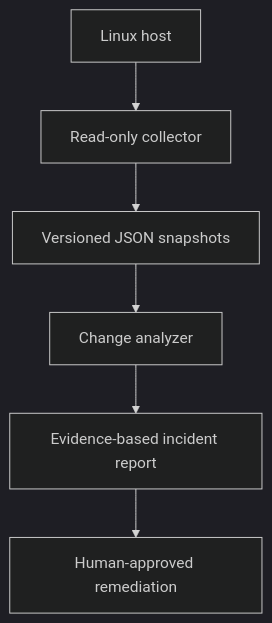
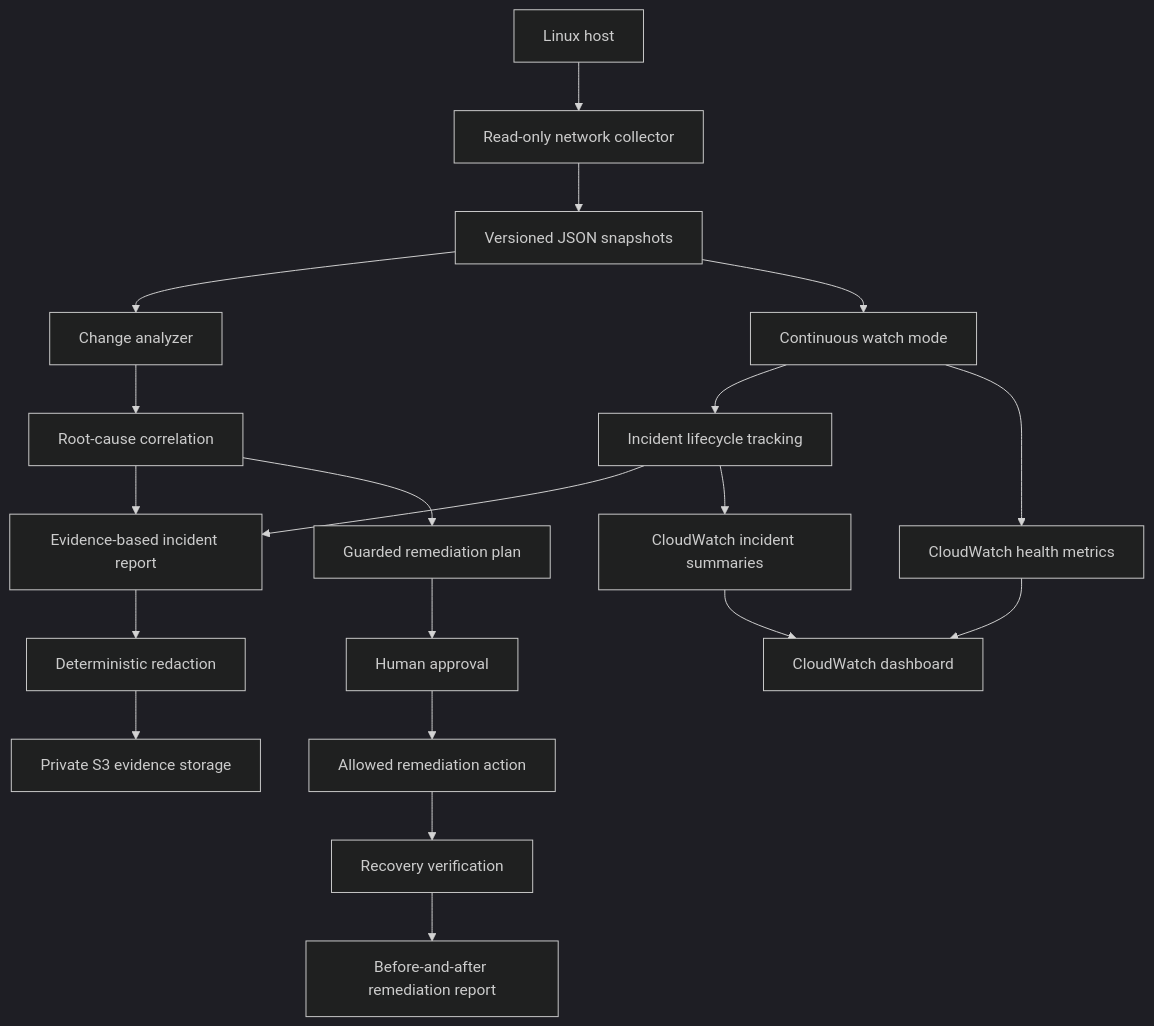
One commit to PatienceEnoch/last-known-good changed the diagram in docs/architecture.md. Above: the diagram before and after it, drawn with Mermaid (dark theme). The commit also changed other lines of this file, not shown here.

Commit message:
Update architecture documentation to current system design

````diff
--- a/docs/architecture.md
+++ b/docs/architecture.md
@@ -7,8 +15,27 @@
 ```mermaid
 flowchart TD
-    A[Linux host] --> B[Read-only collector]
+    A[Linux host] --> B[Read-only network collector]
     B --> C[Versioned JSON snapshots]
+
     C --> D[Change analyzer]
-    D --> E[Evidence-based incident report]
-    E --> F[Human-approved remediation]
+    D --> E[Root-cause correlation]
+    E --> F[Evidence-based incident report]
+
+    C --> G[Continuous watch mode]
+    G --> H[Incident lifecycle tracking]
+    H --> F
+
+    F --> I[Deterministic redaction]
+    I --> J[Private S3 evidence storage]
+
+    H --> K[CloudWatch incident summaries]
+    G --> L[CloudWatch health metrics]
+    K --> M[CloudWatch dashboard]
+    L --> M
+
+    E --> N[Guarded remediation plan]
+    N --> O[Human approval]
+    O --> P[Allowed remediation action]
+    P --> Q[Recovery verification]
+    Q --> R[Before-and-after remediation report]
 ```
````
